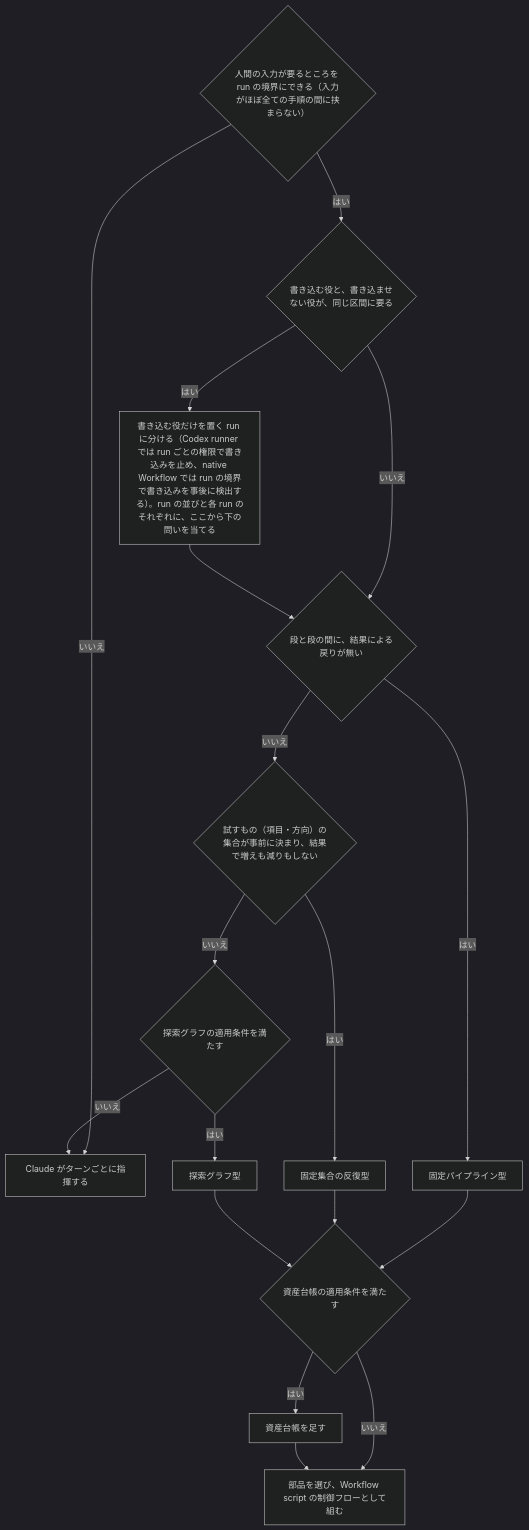
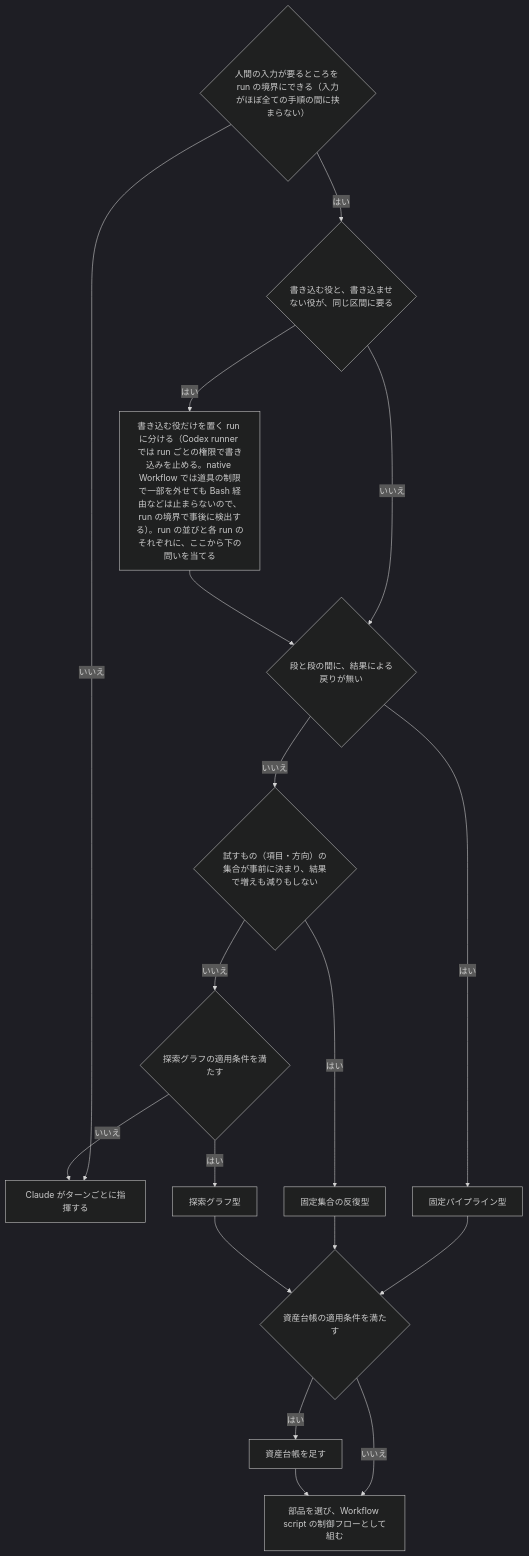
The second of 3 diagrams in docs/design/skill-design-patterns.md (yoshiysh/claude-plugins), drawn with Mermaid (dark theme) before and after one commit. The commit also changed other lines of this file and 2 other files, not shown here.

First line of the commit message:
docs(design): native で道具の制限により止められる範囲を書き分け、段 0 の例の path と経路の分類を直す

````diff
--- a/docs/design/skill-design-patterns.md
+++ b/docs/design/skill-design-patterns.md
@@ -99,20 +99,20 @@
 ```mermaid
 flowchart TD
   A{"人間の入力が要るところを run の境界にできる（入力がほぼ全ての手順の間に挟まらない）"} -- いいえ --> T["Claude がターンごとに指揮する"]
   A -- はい --> W{"書き込む役と、書き込ませない役が、同じ区間に要る"}
-  W -- はい --> R["書き込む役だけを置く run に分ける（Codex runner では run ごとの権限で書き込みを止め、native Workflow では run の境界で書き込みを事後に検出する）。run の並びと各 run のそれぞれに、ここから下の問いを当てる"]
+  W -- はい --> R["書き込む役だけを置く run に分ける（Codex runner では run ごとの権限で書き込みを止める。native Workflow では道具の制限で一部を外せても Bash 経由などは止まらないので、run の境界で事後に検出する）。run の並びと各 run のそれぞれに、ここから下の問いを当てる"]
   W -- いいえ --> Q1{"段と段の間に、結果による戻りが無い"}
   R --> Q1
   Q1 -- はい --> P["固定パイプライン型"]
   Q1 -- いいえ --> Q2{"試すもの（項目・方向）の集合が事前に決まり、結果で増えも減りもしない"}
   Q2 -- はい --> GV["固定集合の反復型"]
   Q2 -- いいえ --> Q3{"探索グラフの適用条件を満たす"}
   Q3 -- はい --> G["探索グラフ型"]
   Q3 -- いいえ --> T
   P --> Q4{"資産台帳の適用条件を満たす"}
   GV --> Q4
   G --> Q4
   Q4 -- はい --> L["資産台帳を足す"]
   Q4 -- いいえ --> S
   L --> S["部品を選び、Workflow script の制御フローとして組む"]
 ```
````
